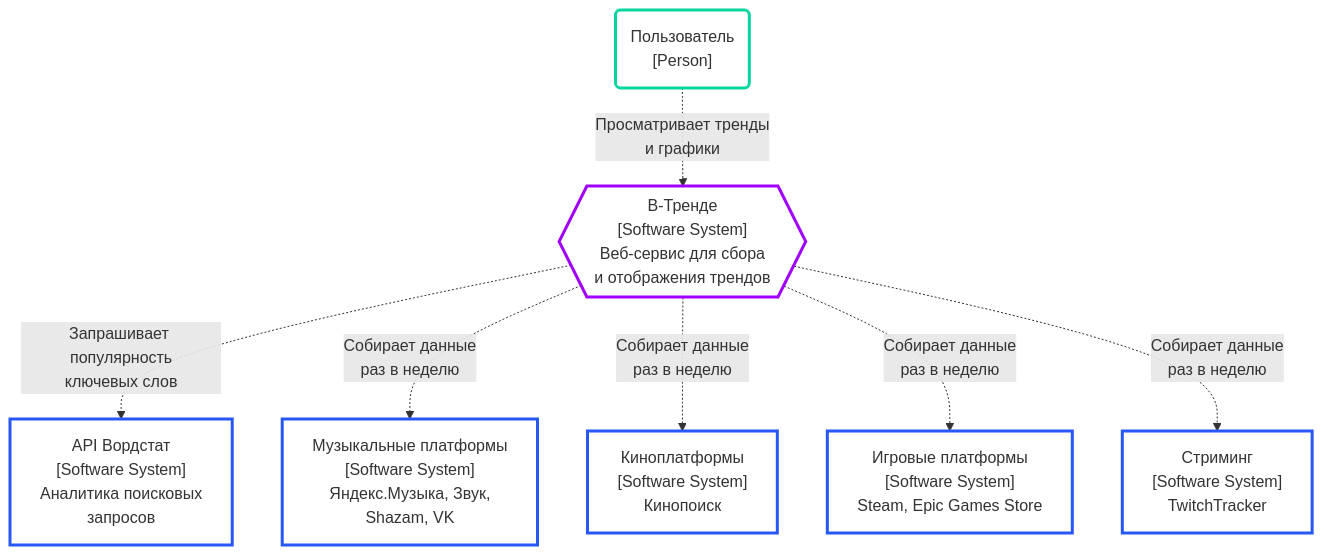
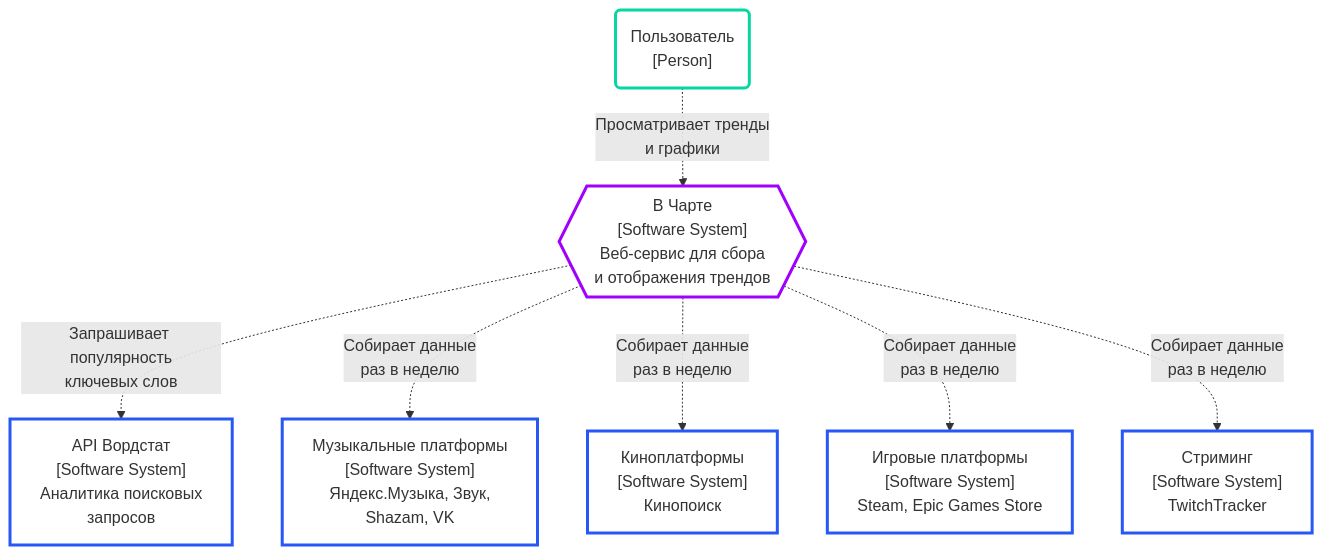
One commit to HorekProgrammer/V-Trende changed the first of 4 diagrams in README.md. Above: the diagram before and after it, drawn with Mermaid. The commit also changed other lines of this file and 23 other files, not shown here.

Commit message:
Rename site to V Charte

````diff
--- a/README.md
+++ b/README.md
@@ -79,33 +79,33 @@
 ```mermaid
 graph TB
     User("Пользователь<br/> [Person]")
 
-    System{{"В-Тренде<br/>[Software System]<br/>Веб-сервис для сбора<br/>и отображения трендов"}}
+    System{{"В Чарте<br/>[Software System]<br/>Веб-сервис для сбора<br/>и отображения трендов"}}
 
     Wordstat["API Вордстат<br/>[Software System]<br/>Аналитика поисковых<br/>запросов"]
 
     Music["Музыкальные платформы<br/>[Software System]<br/>Яндекс.Музыка, Звук,<br/>Shazam, VK"]
 
     Movie["Киноплатформы<br/>[Software System]<br/>Кинопоиск"]
 
     Game["Игровые платформы<br/>[Software System]<br/>Steam, Epic Games Store"]
 
     Stream["Стриминг<br/>[Software System]<br/>TwitchTracker"]
 
     User -.->|Просматривает тренды<br/>и графики| System
 
     System -.->|Запрашивает популярность<br/>ключевых слов| Wordstat
     System -.->|Собирает данные<br/>раз в неделю| Music
     System -.->|Собирает данные<br/>раз в неделю| Movie
     System -.->|Собирает данные<br/>раз в неделю| Game
     System -.->|Собирает данные<br/>раз в неделю| Stream
 
     style User fill:none,stroke:#06d6a0,stroke-width:3px
     style System fill:none,stroke:#A100FF,stroke-width:3px
     style Wordstat fill:none,stroke:#2757F5,stroke-width:3px
     style Music fill:none,stroke:#2757F5,stroke-width:3px
     style Movie fill:none,stroke:#2757F5,stroke-width:3px
     style Game fill:none,stroke:#2757F5,stroke-width:3px
     style Stream fill:none,stroke:#2757F5,stroke-width:3px
 
 ```
````
